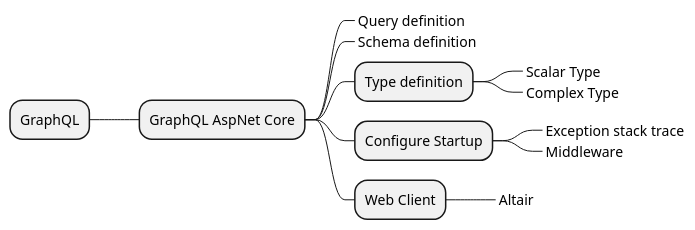
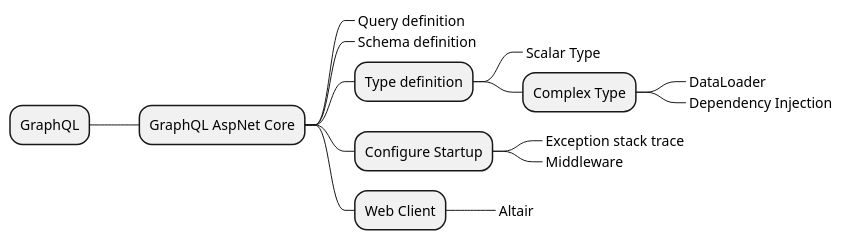
One commit to diplomegalo/roadmap changed the diagram in diagram/themes/graphql.puml. Above: the diagram before and after it, drawn with PlantUML. The commit also changed 5 other files, not shown here.

Commit message:
GraphQL AspNet Core data loader

```diff
--- a/diagram/themes/graphql.puml
+++ b/diagram/themes/graphql.puml
@@ -1,22 +1,24 @@
 @startmindmap
 * GraphQL
 
 ** GraphQL AspNet Core
 
 ***_ Query definition 
 ***_ Schema definition
 
 *** Type definition
 
 ****_ Scalar Type
-****_ Complex Type
+**** Complex Type
+*****_ DataLoader
+*****_ Dependency Injection
 
 *** Configure Startup
 
 ****_ Exception stack trace
 ****_ Middleware
 
 *** Web Client
 
 ****_ Altair
 @endmindmap
```
